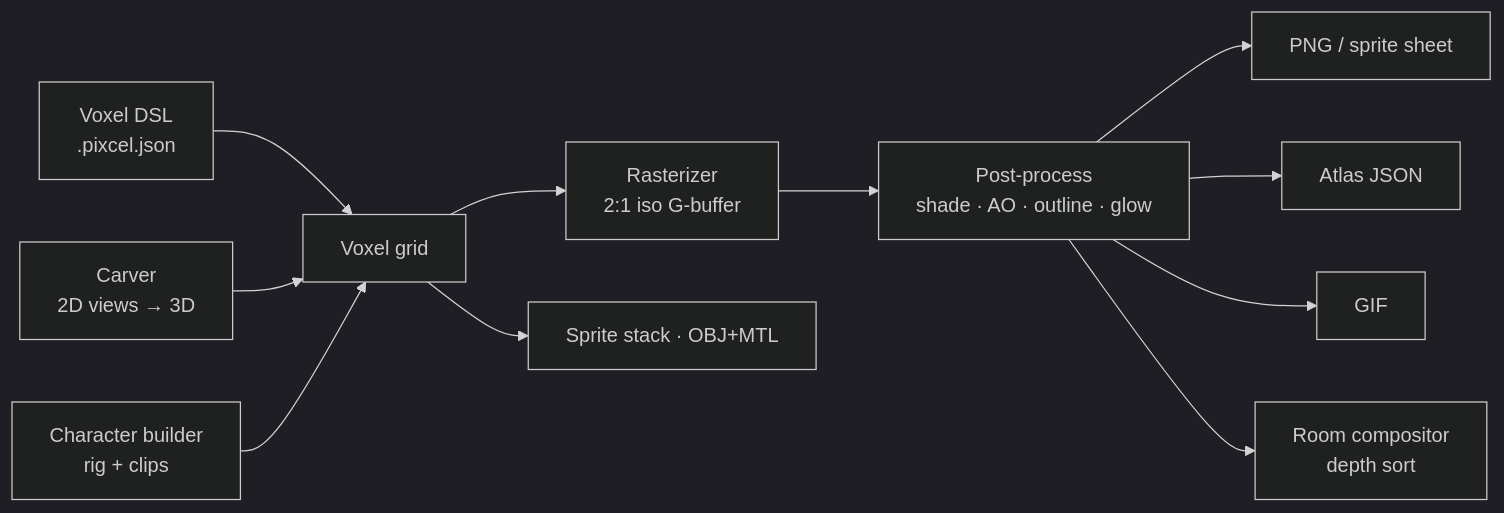
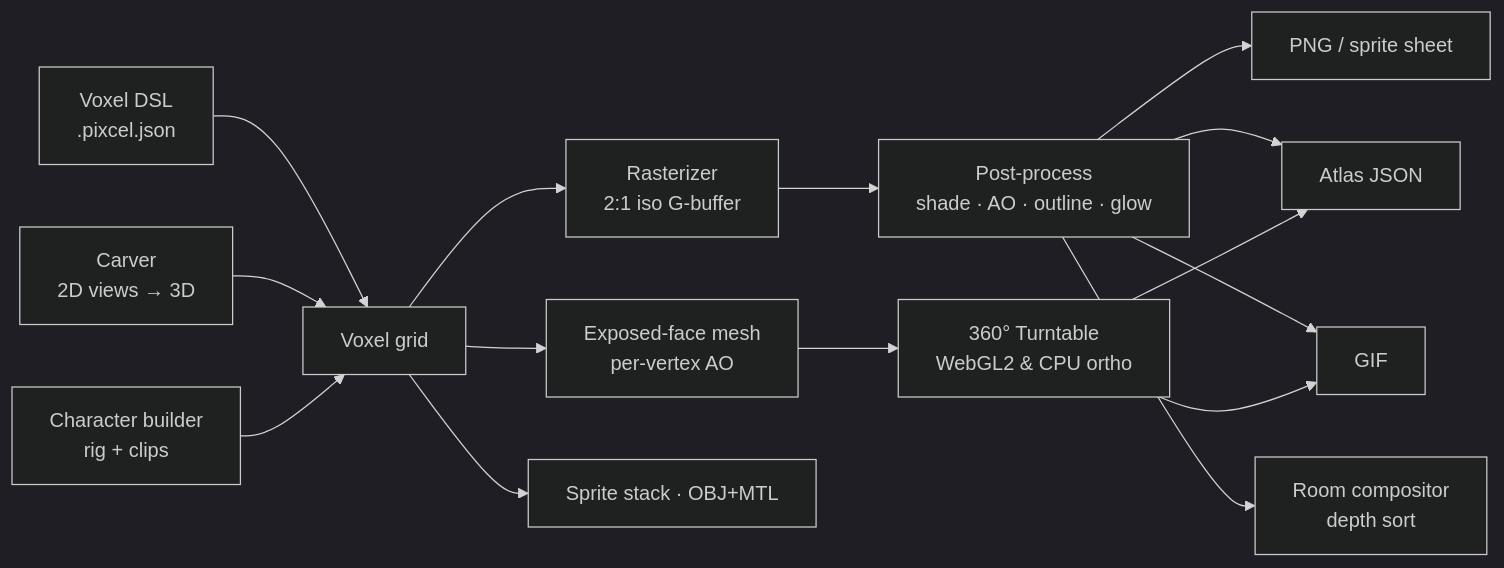
Before and after one commit to pakornpong/iherk-pixcel: the diagram in README.md, drawn with Mermaid (dark theme). The commit also changed other lines of this file and 2 other files, not shown here.

Commit message:
docs: document Phase 3 360-degree turntable, CLI/MCP tools, and add 360° GIF showcases

````diff
--- a/README.md
+++ b/README.md
@@ -198,13 +220,17 @@
 ```mermaid
 flowchart LR
     A1["Voxel DSL<br/>.pixcel.json"] --> G
     A2["Carver<br/>2D views → 3D"] --> G
     A3["Character builder<br/>rig + clips"] --> G
     G["Voxel grid"] --> R["Rasterizer<br/>2:1 iso G-buffer"]
+    G --> M["Exposed-face mesh<br/>per-vertex AO"]
+    M --> T["360° Turntable<br/>WebGL2 & CPU ortho"]
     R --> P["Post-process<br/>shade · AO · outline · glow"]
     P --> E1["PNG / sprite sheet"]
     P --> E2["Atlas JSON"]
     P --> E3["GIF"]
+    T --> E3
+    T --> E2
     P --> RC["Room compositor<br/>depth sort"]
     G --> E4["Sprite stack · OBJ+MTL"]
 ```
````
